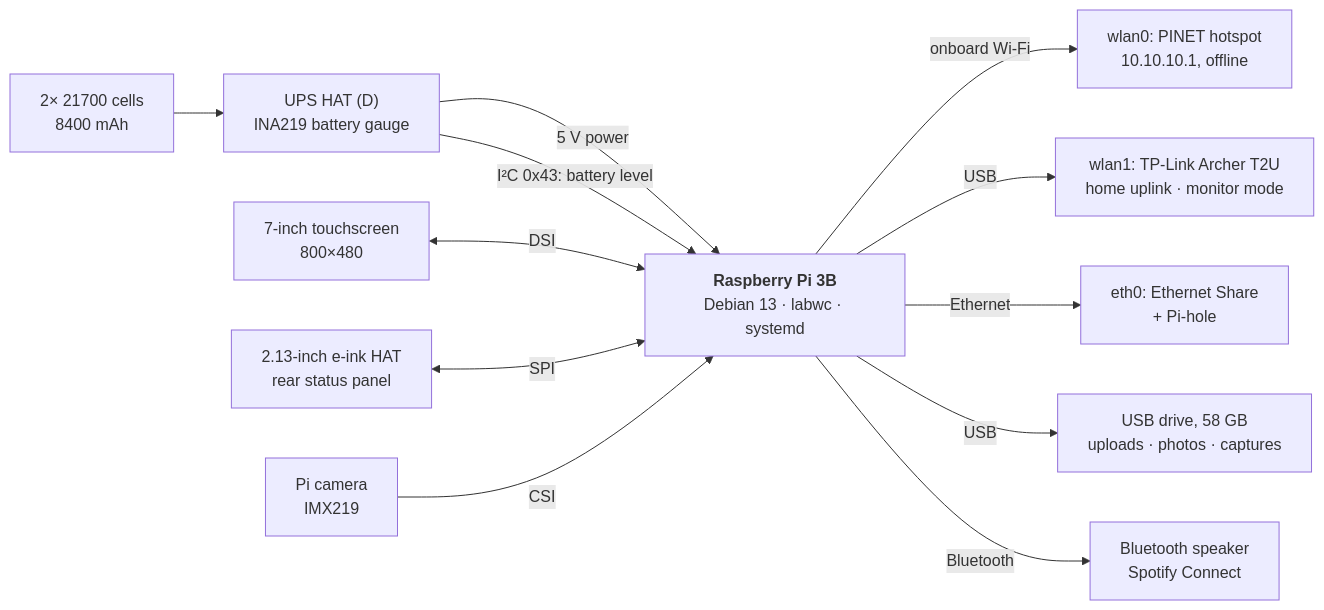
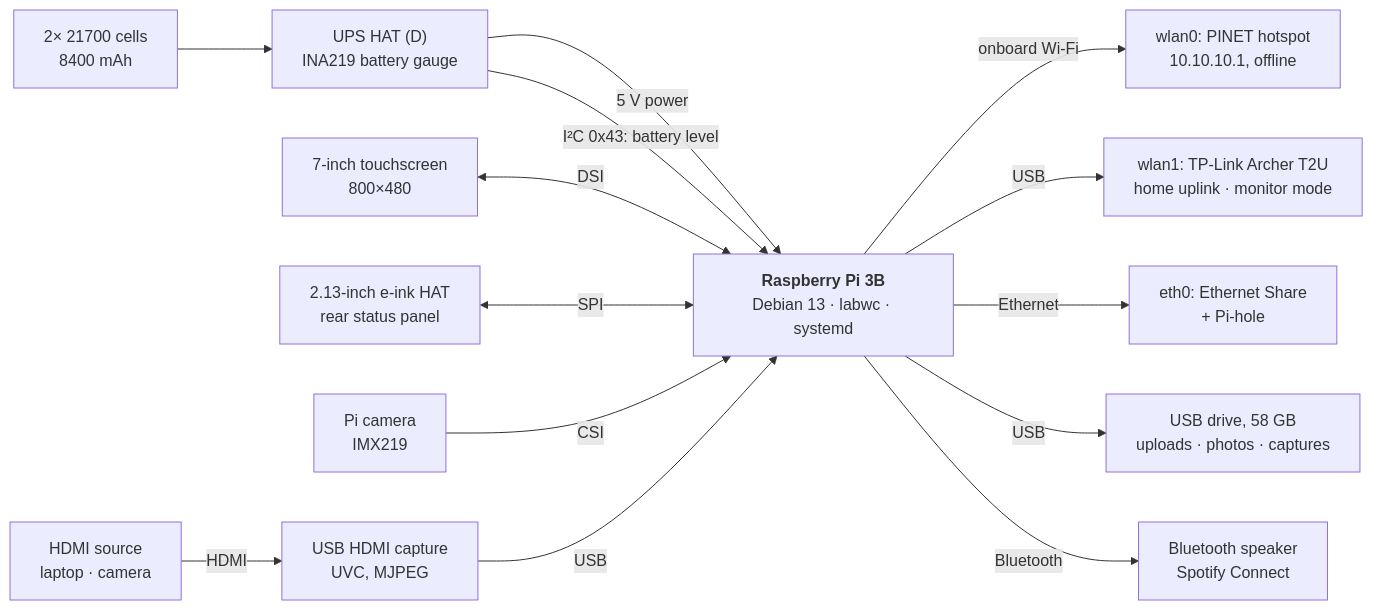
Before and after one commit to rupal2k/pinet: the diagram in README.md, drawn with Mermaid. The commit also changed other lines of this file, not shown here.

Commit message:
README: HDMI Monitor (feature, hardware, diagram, how to use, power note)

````diff
--- a/README.md
+++ b/README.md
@@ -91,18 +93,20 @@
 ```mermaid
 flowchart LR
     BAT["2× 21700 cells<br/>8400 mAh"] --> UPS["UPS HAT (D)<br/>INA219 battery gauge"]
     UPS -->|5 V power| PI
     UPS -->|"I²C 0x43: battery level"| PI
 
     PI["<b>Raspberry Pi 3B</b><br/>Debian 13 · labwc · systemd"]
 
     LCD["7-inch touchscreen<br/>800×480"] <-->|DSI| PI
     EINK["2.13-inch e-ink HAT<br/>rear status panel"] <-->|SPI| PI
     CAM["Pi camera<br/>IMX219"] -->|CSI| PI
 
     PI -->|onboard Wi-Fi| WLAN0["wlan0: PINET hotspot<br/>10.10.10.1, offline"]
     PI -->|USB| WLAN1["wlan1: TP-Link Archer T2U<br/>home uplink · monitor mode"]
     PI -->|Ethernet| ETH["eth0: Ethernet Share<br/>+ Pi-hole"]
     PI -->|USB| DRIVE["USB drive, 58 GB<br/>uploads · photos · captures"]
     PI -->|Bluetooth| SPK["Bluetooth speaker<br/>Spotify Connect"]
+    HDMI["HDMI source<br/>laptop · camera"] -->|HDMI| CAP["USB HDMI capture<br/>UVC, MJPEG"]
+    CAP -->|USB| PI
 ```
````
